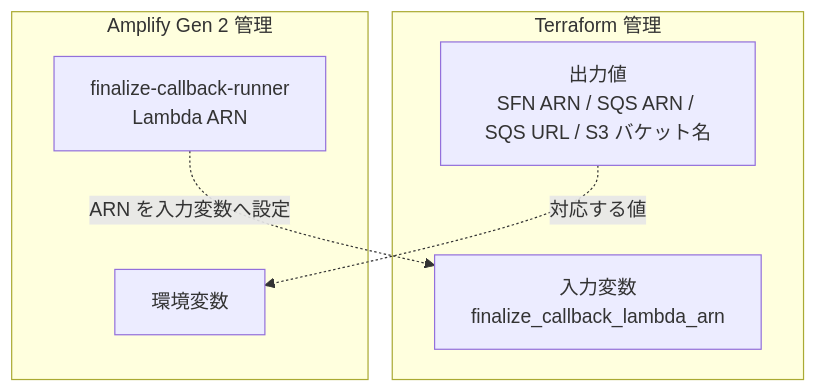
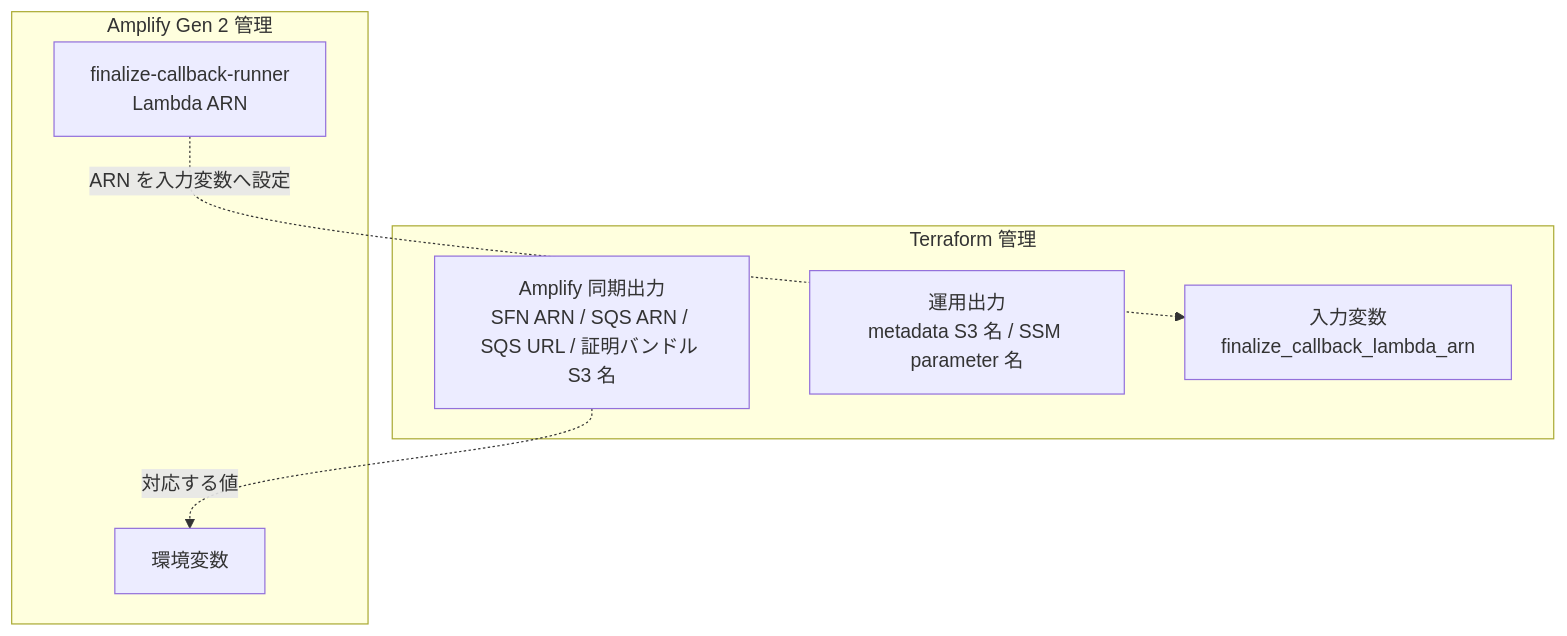
The diagram in public-book/src/aws/design-and-services.md (hwatanabe-jp/stark-ballot-simulator-public), drawn with Mermaid before and after one commit. The commit also changed other lines of this file and 200 other files, not shown here.

````diff
--- a/public-book/src/aws/design-and-services.md
+++ b/public-book/src/aws/design-and-services.md
@@ -77,15 +71,16 @@
 ```mermaid
 flowchart TB
   subgraph TF["Terraform 管理"]
-    OUT["出力値<br/>SFN ARN / SQS ARN / SQS URL / S3 バケット名"]
+    OUT["Amplify 同期出力<br/>SFN ARN / SQS ARN / SQS URL / 証明バンドル S3 名"]
+    OPS["運用出力<br/>metadata S3 名 / SSM parameter 名"]
     IN["入力変数<br/>finalize_callback_lambda_arn"]
   end
 
   subgraph AMP["Amplify Gen 2 管理"]
     ENV["環境変数"]
     CB["finalize-callback-runner<br/>Lambda ARN"]
   end
 
   OUT -.対応する値.-> ENV
   CB -.ARN を入力変数へ設定.-> IN
 ```
````
